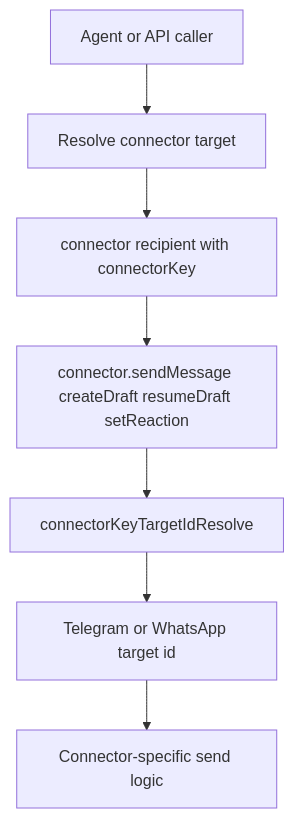
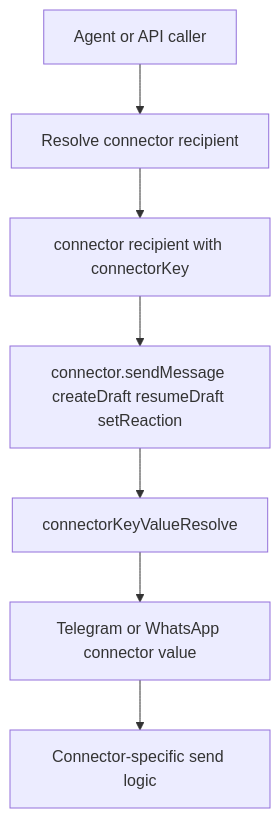
The diagram in doc/20260312-connector-recipient-keys.md (ex3ndr/daycare), drawn with Mermaid before and after one commit. The commit also changed other lines of this file and 33 other files, not shown here.

Commit message:
refactor: remove connector targetId concept

````diff
--- a/doc/20260312-connector-recipient-keys.md
+++ b/doc/20260312-connector-recipient-keys.md
@@ -9,9 +9,9 @@
 ```mermaid
 flowchart TD
-    A[Agent or API caller] --> B[Resolve connector target]
+    A[Agent or API caller] --> B[Resolve connector recipient]
     B --> C[connector recipient with connectorKey]
     C --> D[connector.sendMessage createDraft resumeDraft setReaction]
-    D --> E[connectorKeyTargetIdResolve]
-    E --> F[Telegram or WhatsApp target id]
+    D --> E[connectorKeyValueResolve]
+    E --> F[Telegram or WhatsApp connector value]
     F --> G[Connector-specific send logic]
 ```
````
